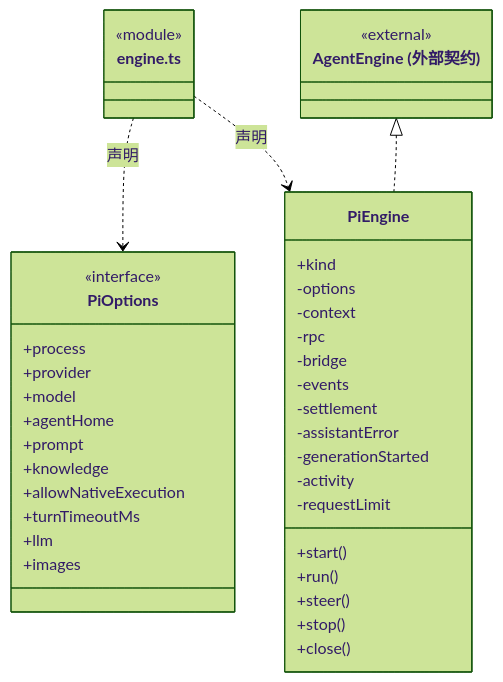
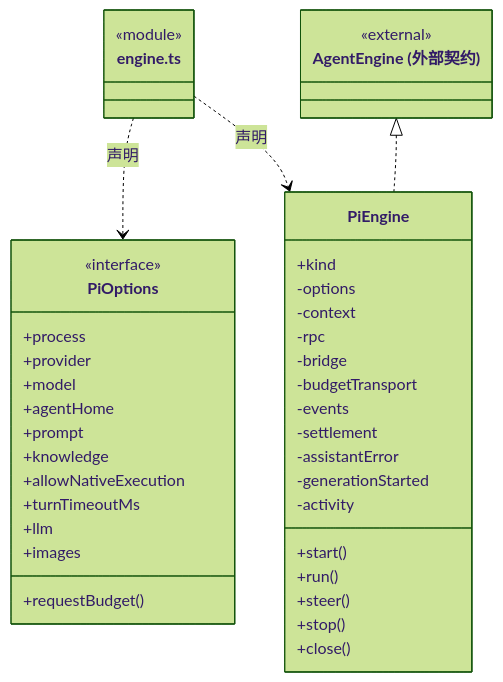
The third of 12 diagrams in src/backend/core/brain/pi/ARCHITECTURE.md (nan023062/cbim), drawn with Mermaid (forest theme) before and after one commit. The commit also changed other lines of this file and 65 other files, not shown here.

First line of the commit message:
feat: enforce per-request model budget reservations

````diff
--- a/src/backend/core/brain/pi/ARCHITECTURE.md
+++ b/src/backend/core/brain/pi/ARCHITECTURE.md
@@ -57,43 +60,44 @@
 ```mermaid
 classDiagram
 class N_src_backend_core_brain_pi_engine_ts["engine.ts"] {
   <<module>>
 }
 class N_src_backend_core_brain_pi_engine_ts_PiOptions["PiOptions"] {
   <<interface>>
   +process
   +provider
   +model
   +agentHome
   +prompt
   +knowledge
   +allowNativeExecution
   +turnTimeoutMs
   +llm
   +images
+  +requestBudget()
 }
 N_src_backend_core_brain_pi_engine_ts ..> N_src_backend_core_brain_pi_engine_ts_PiOptions : 声明
 class N_src_backend_core_brain_pi_engine_ts_PiEngine["PiEngine"] {
   +kind
   +start()
   +run()
   +steer()
   +stop()
   +close()
   -options
   -context
   -rpc
   -bridge
+  -budgetTransport
   -events
   -settlement
   -assistantError
   -generationStarted
   -activity
-  -requestLimit
 }
 N_src_backend_core_brain_pi_engine_ts ..> N_src_backend_core_brain_pi_engine_ts_PiEngine : 声明
 class N_src_backend_core_brain_pi_engine_ts_external_AgentEngine["AgentEngine (外部契约)"] {
   <<external>>
 }
 N_src_backend_core_brain_pi_engine_ts_external_AgentEngine <|.. N_src_backend_core_brain_pi_engine_ts_PiEngine
 ```
````
